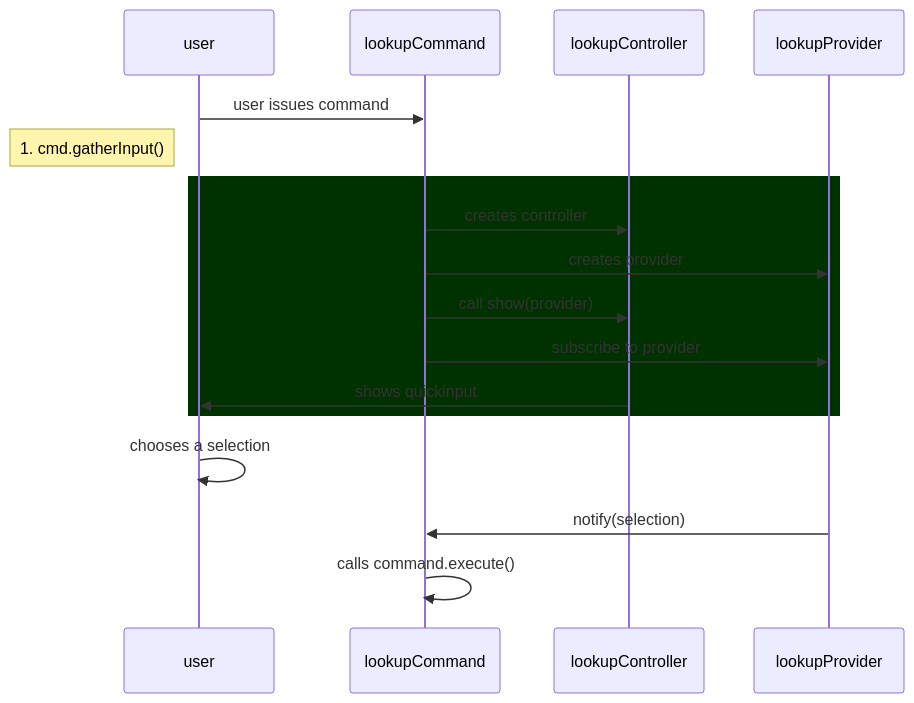
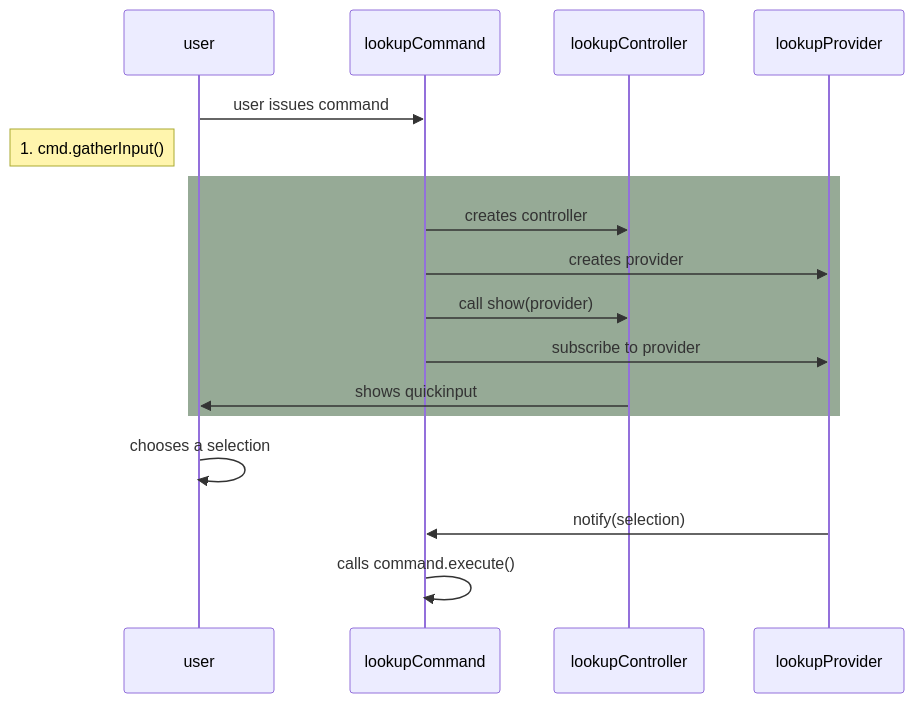
Before and after one commit to dendronhq/dendron-docs: the diagram in vault/pkg.plugin-core.dev.cook.md, drawn with Mermaid. The commit also changed other lines of this file, not shown here.

Commit message:
fixing color of mermaid diagram in command diagram

````diff
--- a/vault/pkg.plugin-core.dev.cook.md
+++ b/vault/pkg.plugin-core.dev.cook.md
@@ -55,19 +55,19 @@
 ```mermaid
 sequenceDiagram
     participant user
     participant lookupCommand
     participant lookupController
     participant lookupProvider
     user ->> lookupCommand: user issues command
     Note left of user: 1. cmd.gatherInput()
-    rect rgb(0, 50, 0)
+    rect rgb(150, 170, 150)
       lookupCommand ->> lookupController: creates controller
       lookupCommand ->> lookupProvider: creates provider
       lookupCommand ->> lookupController: call show(provider)
       lookupCommand ->> lookupProvider: subscribe to provider
       lookupController ->> user: shows quickinput
     end
     user ->> user: chooses a selection
     lookupProvider ->> lookupCommand: notify(selection)
     lookupCommand ->> lookupCommand: calls command.execute()
 ```
````
